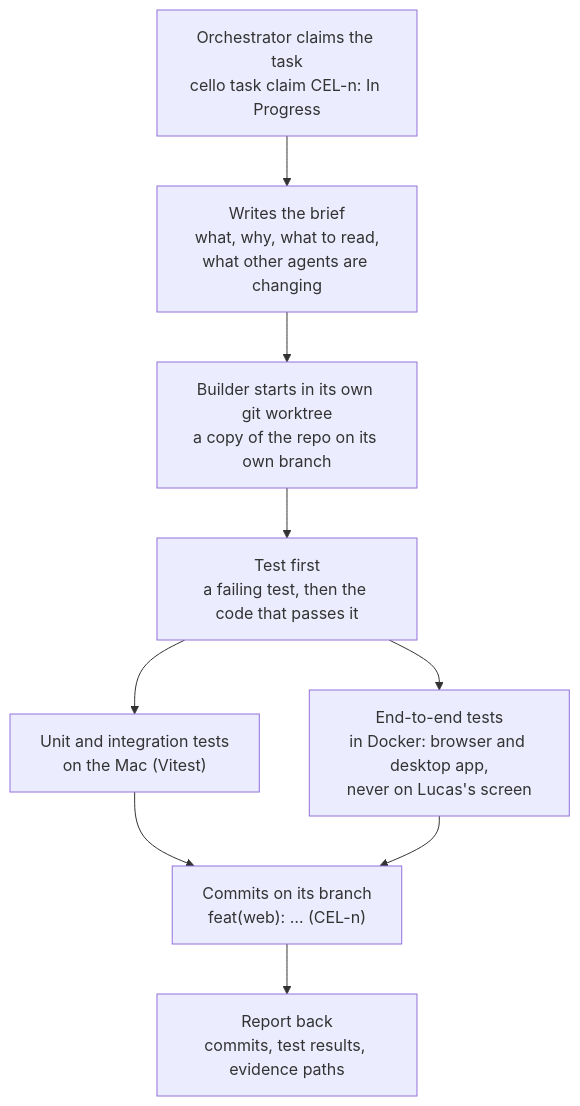
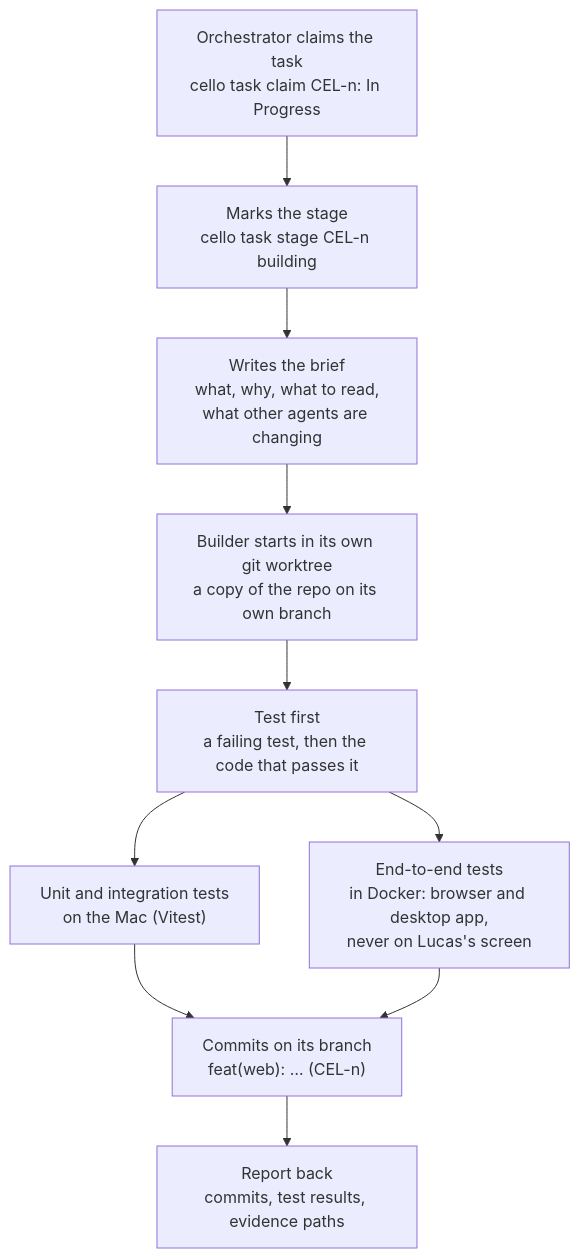
Before and after one commit to lnmunhoz/cello: the second of 4 diagrams in docs/feature-lifecycle.md, drawn with Mermaid. The commit also changed other lines of this file and 53 other files, not shown here.

````diff
--- a/docs/feature-lifecycle.md
+++ b/docs/feature-lifecycle.md
@@ -71,11 +71,12 @@
 ```mermaid
 flowchart TD
-    A["Orchestrator claims the task<br/>cello task claim CEL-n: In Progress"] --> B["Writes the brief<br/>what, why, what to read,<br/>what other agents are changing"]
+    A["Orchestrator claims the task<br/>cello task claim CEL-n: In Progress"] --> S["Marks the stage<br/>cello task stage CEL-n building"]
+    S --> B["Writes the brief<br/>what, why, what to read,<br/>what other agents are changing"]
     B --> C["Builder starts in its own git worktree<br/>a copy of the repo on its own branch"]
     C --> D["Test first<br/>a failing test, then the code that passes it"]
     D --> E["Unit and integration tests<br/>on the Mac (Vitest)"]
     D --> F["End-to-end tests<br/>in Docker: browser and desktop app,<br/>never on Lucas's screen"]
     E --> G["Commits on its branch<br/>feat(web): … (CEL-n)"]
     F --> G
     G --> H["Report back<br/>commits, test results, evidence paths"]
 ```
````
